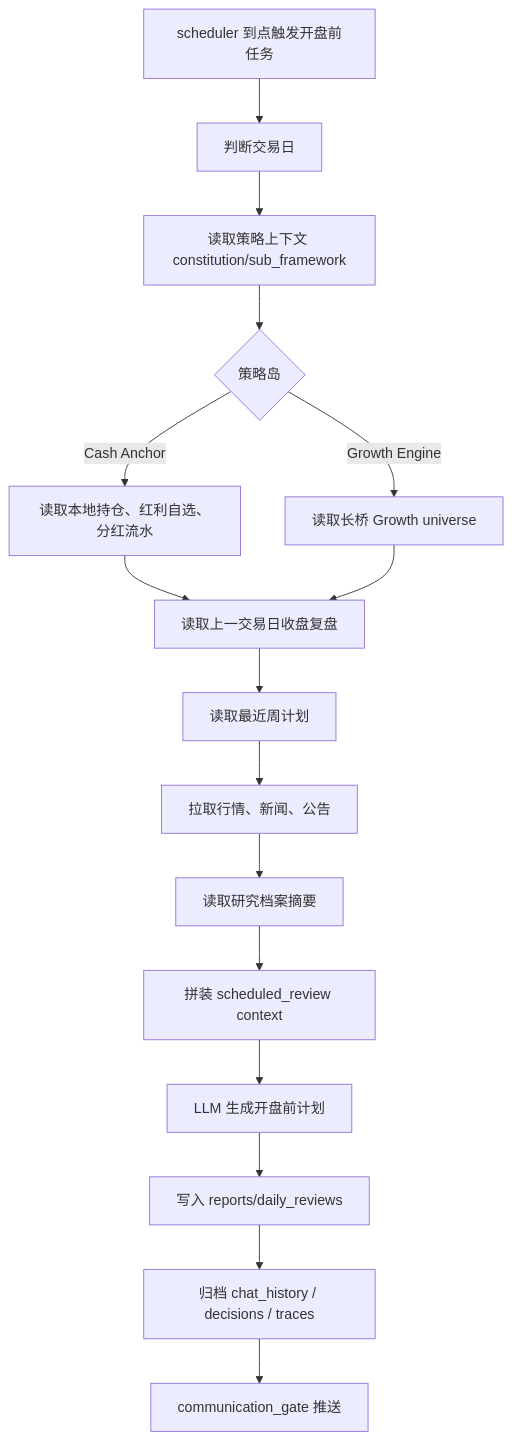
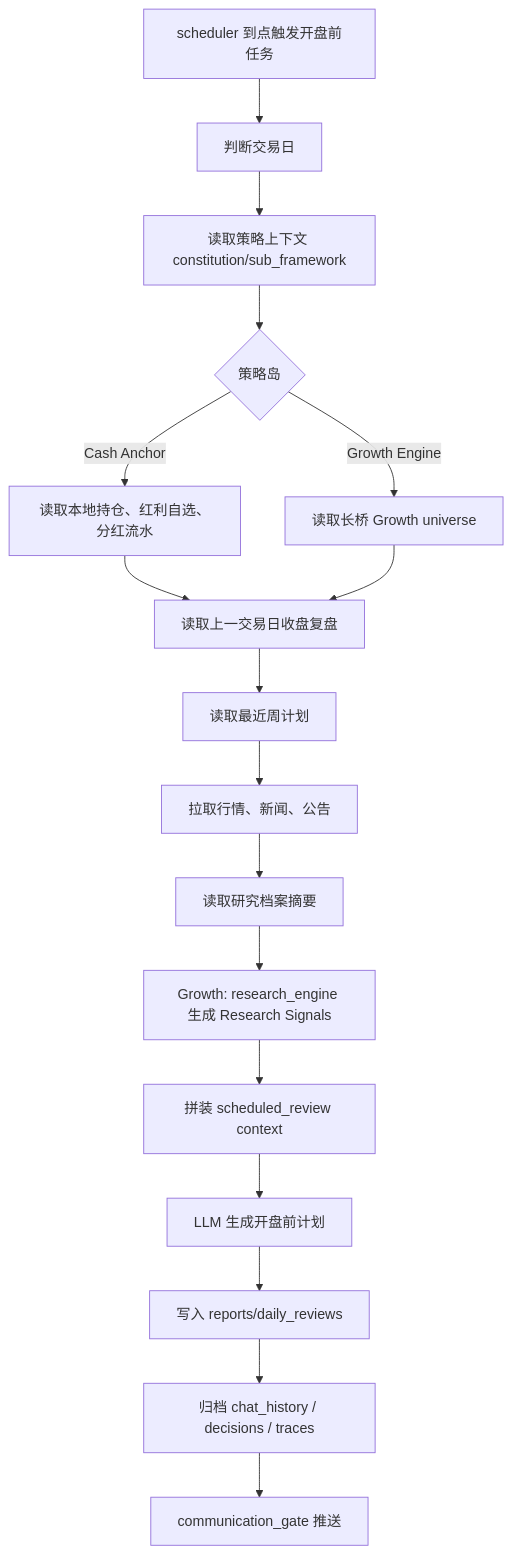
One commit to dyccodehome/private-investment-butler changed the first of 4 diagrams in docs/需求分析文档.md. Above: the diagram before and after it, drawn with Mermaid. The commit also changed other lines of this file and 10 other files, not shown here.

Commit message:
Add Growth research engine MVP

````diff
--- a/docs/需求分析文档.md
+++ b/docs/需求分析文档.md
@@ -151,18 +179,19 @@
 ```mermaid
 flowchart TD
   A["scheduler 到点触发开盘前任务"] --> B["判断交易日"]
   B --> C["读取策略上下文 constitution/sub_framework"]
   C --> D{"策略岛"}
   D -- "Cash Anchor" --> E["读取本地持仓、红利自选、分红流水"]
   D -- "Growth Engine" --> F["读取长桥 Growth universe"]
   E --> G["读取上一交易日收盘复盘"]
   F --> G
   G --> H["读取最近周计划"]
   H --> I["拉取行情、新闻、公告"]
   I --> J["读取研究档案摘要"]
-  J --> K["拼装 scheduled_review context"]
-  K --> L["LLM 生成开盘前计划"]
-  L --> M["写入 reports/daily_reviews"]
-  M --> N["归档 chat_history / decisions / traces"]
-  N --> O["communication_gate 推送"]
+  J --> K["Growth: research_engine 生成 Research Signals"]
+  K --> L["拼装 scheduled_review context"]
+  L --> M["LLM 生成开盘前计划"]
+  M --> N["写入 reports/daily_reviews"]
+  N --> O["归档 chat_history / decisions / traces"]
+  O --> P["communication_gate 推送"]
 ```
````
